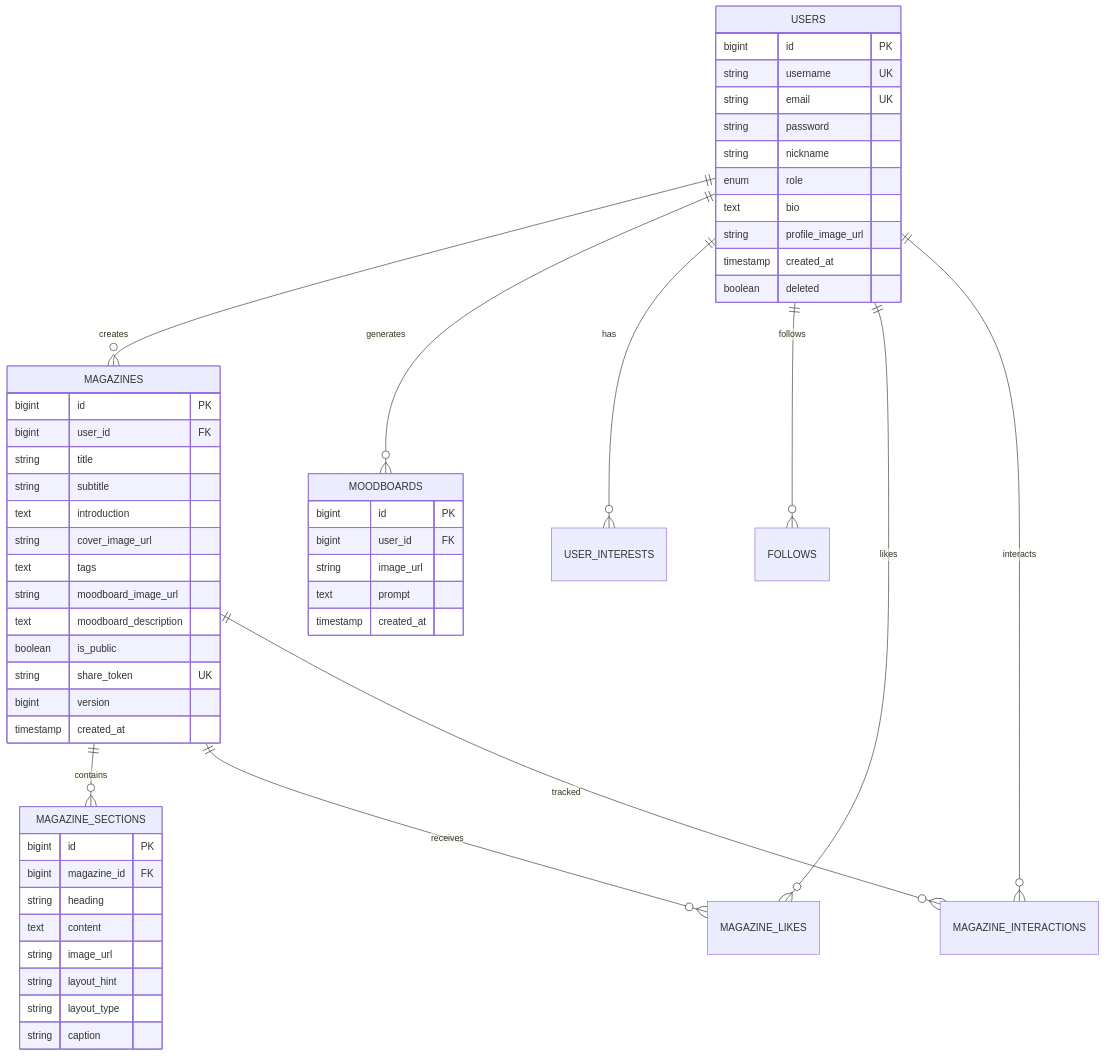
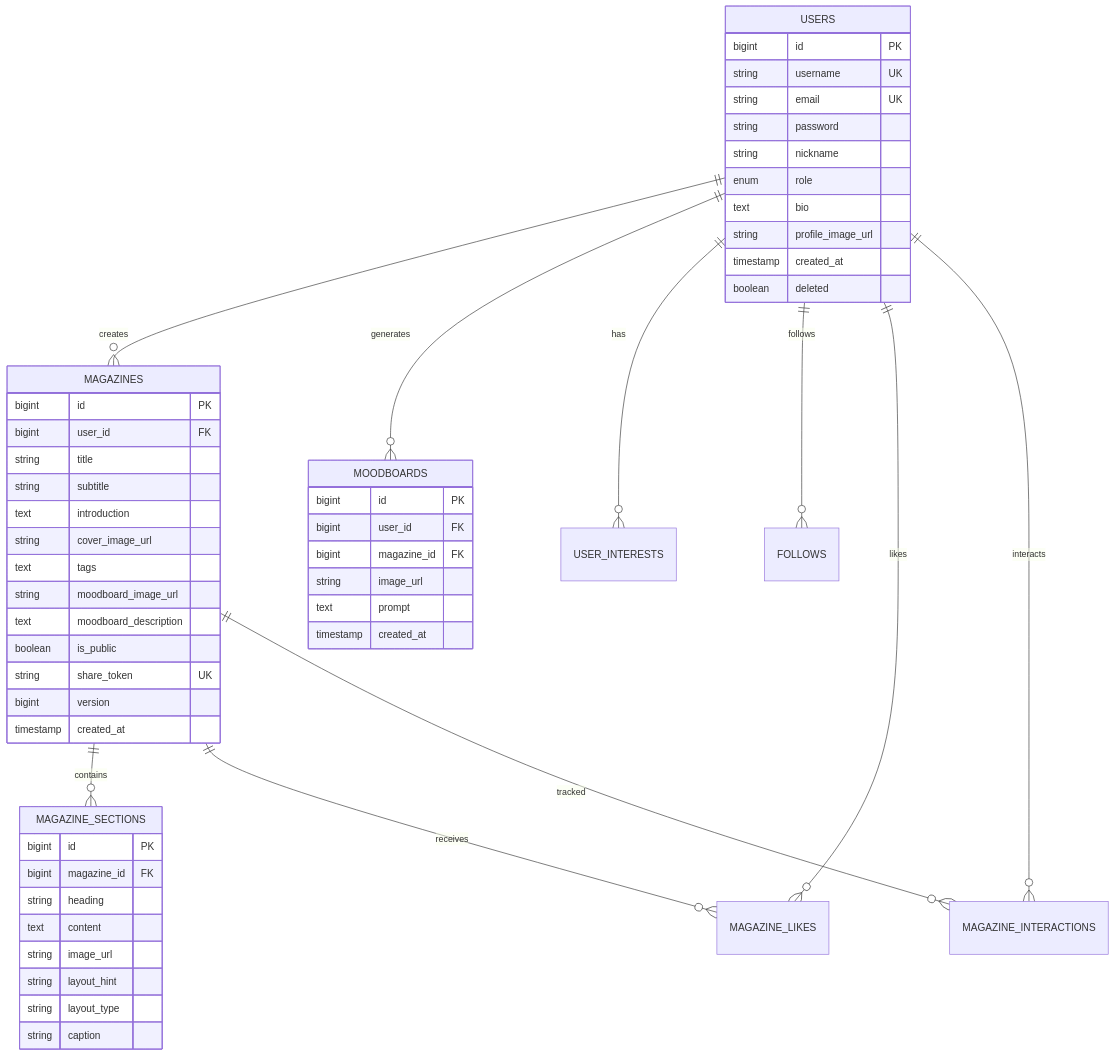
One commit to Jangjimin9766/Mine_server changed the second of 2 diagrams in README.md. Above: the diagram before and after it, drawn with Mermaid. The commit also changed other lines of this file, not shown here.

````diff
--- a/README.md
+++ b/README.md
@@ -391,60 +395,61 @@
 ```mermaid
 erDiagram
     USERS ||--o{ MAGAZINES : creates
     USERS ||--o{ MOODBOARDS : generates
     USERS ||--o{ USER_INTERESTS : has
     USERS ||--o{ FOLLOWS : follows
     USERS ||--o{ MAGAZINE_LIKES : likes
     USERS ||--o{ MAGAZINE_INTERACTIONS : interacts
     MAGAZINES ||--o{ MAGAZINE_SECTIONS : contains
     MAGAZINES ||--o{ MAGAZINE_LIKES : receives
     MAGAZINES ||--o{ MAGAZINE_INTERACTIONS : tracked
     
     USERS {
         bigint id PK
         string username UK
         string email UK
         string password
         string nickname
         enum role
         text bio
         string profile_image_url
         timestamp created_at
         boolean deleted
     }
     
     MAGAZINES {
         bigint id PK
         bigint user_id FK
         string title
         string subtitle
         text introduction
         string cover_image_url
         text tags
         string moodboard_image_url
         text moodboard_description
         boolean is_public
         string share_token UK
         bigint version
         timestamp created_at
     }
     
     MAGAZINE_SECTIONS {
         bigint id PK
         bigint magazine_id FK
         string heading
         text content
         string image_url
         string layout_hint
         string layout_type
         string caption
     }
     
     MOODBOARDS {
         bigint id PK
         bigint user_id FK
+        bigint magazine_id FK
         string image_url
         text prompt
         timestamp created_at
     }
 ```
````
